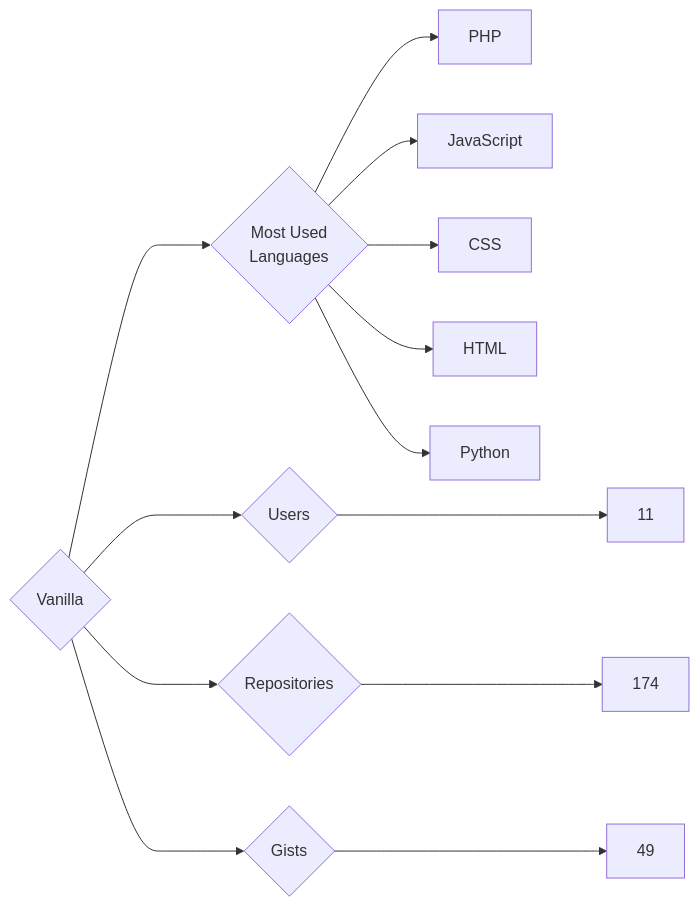
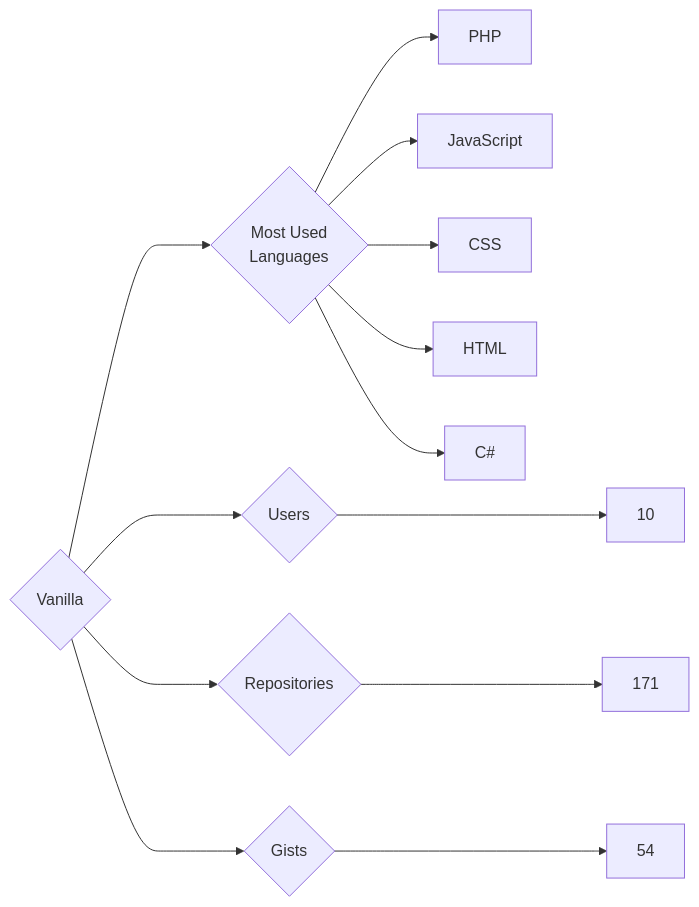
One commit to trickest/insiders changed the diagram in targets/Vanilla/README.md. Above: the diagram before and after it, drawn with Mermaid. The commit also changed 870 other files, not shown here.

````diff
--- a/targets/Vanilla/README.md
+++ b/targets/Vanilla/README.md
@@ -3,13 +3,13 @@
 ```mermaid
 graph LR
 COMPANY_NAME{Vanilla}
-COMPANY_NAME ---> U{Users} ---> UN[11]
-COMPANY_NAME ---> R{Repositories} ---> RN[174]
-COMPANY_NAME ---> G{Gists} ---> GN[49]
+COMPANY_NAME ---> U{Users} ---> UN[10]
+COMPANY_NAME ---> R{Repositories} ---> RN[171]
+COMPANY_NAME ---> G{Gists} ---> GN[54]
 COMPANY_NAME ---> ML{Most Used<br>Languages}
 ML --> PHP[PHP]
 ML --> JavaScript[JavaScript]
 ML --> CSS[CSS]
 ML --> HTML[HTML]
-ML --> Python[Python]
+ML --> C#[C#]
 ```
````
